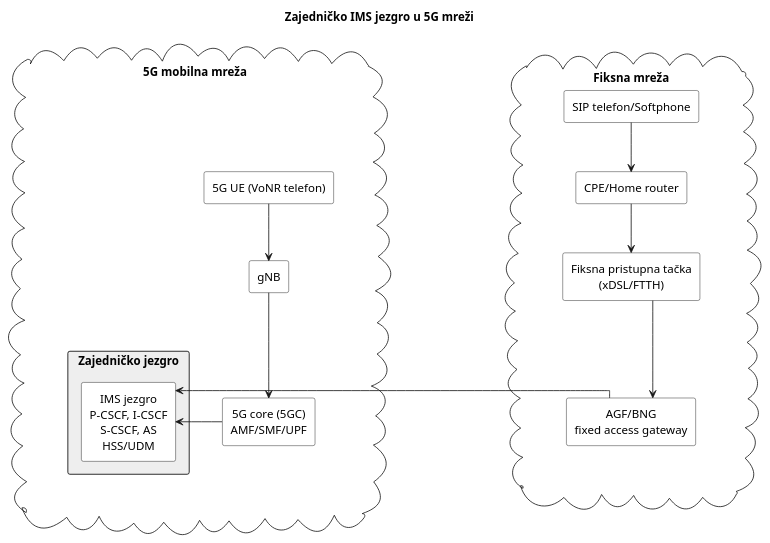
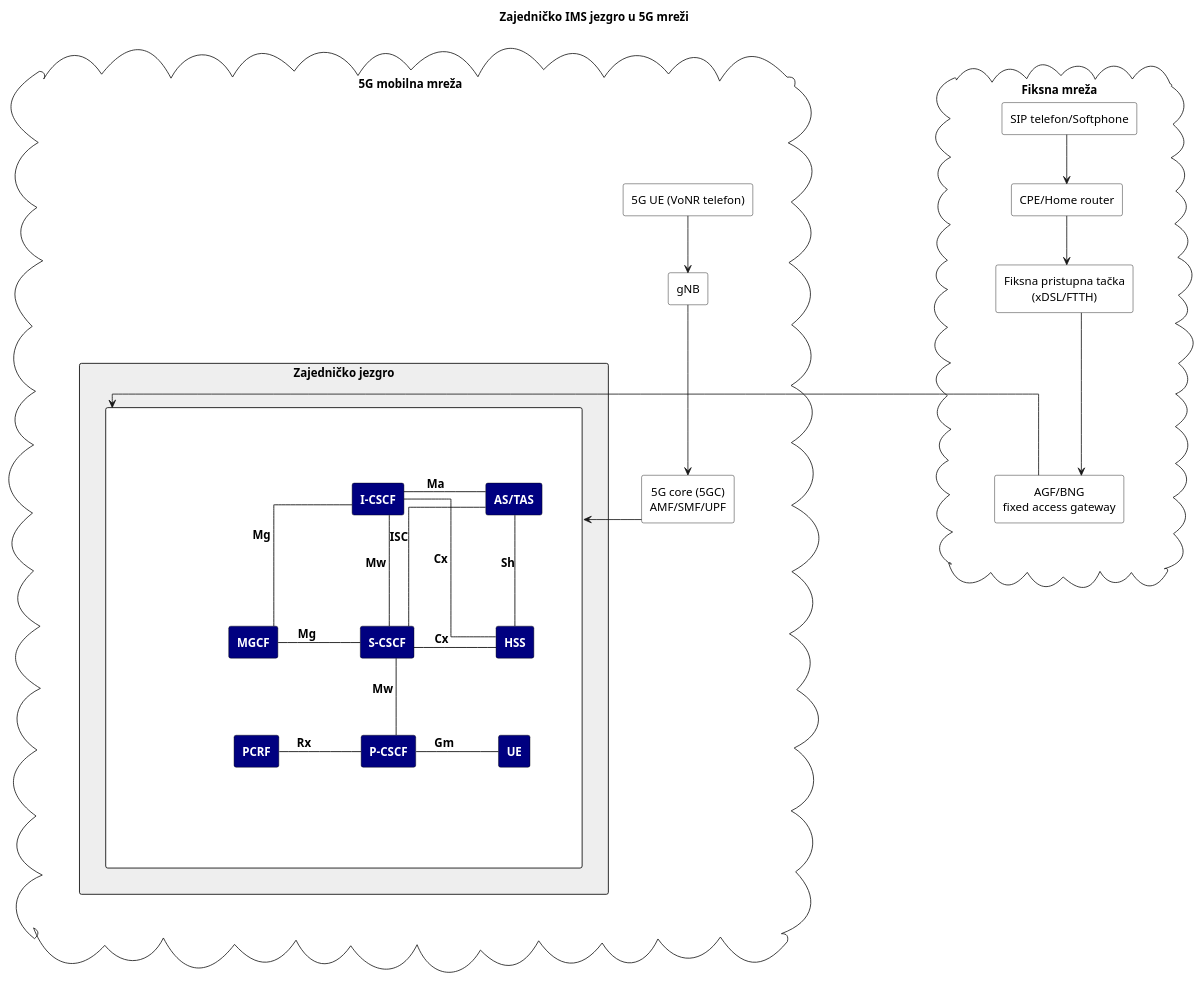
The diagram in assets/diagrams/plantuml/code/common_ims_core_in_5g_network.puml (ZakiraZaza/SSMTK_FMC_VoNR_IMS_5G), drawn with PlantUML before and after one commit. The commit also changed 5 other files, not shown here.

First line of the commit message:
Updated PlantUML diagrams.

```diff
--- a/assets/diagrams/plantuml/code/common_ims_core_in_5g_network.puml
+++ b/assets/diagrams/plantuml/code/common_ims_core_in_5g_network.puml
@@ -1,67 +1,138 @@
 @startuml
+set separator .
 top to bottom direction
-hide <<hidden>> stereotype
-hide <<core>> stereotype
+hide stereotype
+skinparam linetype ortho
+
+title "Zajedničko IMS jezgro u 5G mreži"
 
 <style>
 rectangle {
   HorizontalAlignment center
   BackgroundColor white
   .hidden {
     BackgroundColor transparent
     FontColor transparent
   }
+  .hidden_font {
+    FontColor transparent   
+  }
   .core {
     BackgroundColor #EEEEEE
+  }
+  .ims {
+    BackgroundColor navy
+    FontColor white
+    FontStyle bold
   }
 }
 </style>
 
 skinparam rectangle {
   BorderColor black
   BorderColor<<hidden>> transparent
 }
 
-skinparam linetype ortho
-
-title "Zajedničko IMS jezgro u 5G mreži"
-
 cloud "5G mobilna mreža" as "cloud_1" {
-  rectangle "0" <<hidden>>
+  rectangle "0"<<hidden>>
   rectangle "5G UE (VoNR telefon)" as 1
   rectangle "gNB" as 2
   rectangle "_1"<<hidden>> {
-    rectangle "_2"<<hidden>> {
+    rectangle "_1"<<hidden>> {
       rectangle "5G core (5GC)\nAMF/SMF/UPF" as 3
     }
-    rectangle "Zajedničko jezgro"<<core>> {
-      rectangle "IMS jezgro\nP-CSCF, I-CSCF\nS-CSCF, AS\nHSS/UDM" as 4 
+    rectangle "Zajedničko jezgro" <<core>> as zajednicko_jezgro {
+      skinparam NodeSep 100
+      rectangle "_1" <<hidden_font>> as 4 {
+        rectangle "_1"<<hidden>> {
+          rectangle "_1" <<hidden>> {
+
+          }
+          rectangle "I-CSCF" <<ims>> as "_2" {
+            
+          }
+          rectangle "AS/TAS" <<ims>> as "_3" {
+            
+          }
+        }
+        rectangle "_2"<<hidden>> {
+          rectangle "MGCF" <<ims>> as "_1" {
+
+          }
+          rectangle "S-CSCF" <<ims>> as "_2" {
+            
+          }
+          rectangle "HSS" <<ims>> as "_3" {
+            
+          }
+        }
+        rectangle "_3"<<hidden>> {
+          rectangle "PCRF" <<ims>> as "_1" {
+
+          }
+          rectangle "P-CSCF" <<ims>> as "_2" {
+            
+          }
+          rectangle "UE" <<ims>> as "_3" {
+            
+          }
+        }
+        rectangle "_4"<<hidden>> {
+        }
+      } 
     }
   }
 }
 
 cloud "Fiksna mreža" as "cloud_2" {
-  rectangle "_4"<<hidden>> {
-    rectangle "_5"<<hidden>> {
+  rectangle "_1"<<hidden>> {
+    rectangle "_1"<<hidden>> {
       rectangle "AGF/BNG\nfixed access gateway" as 5
     }
   }
   rectangle "Fiksna pristupna tačka\n(xDSL/FTTH)" as 6
   rectangle "CPE/Home router" as 7
   rectangle "SIP telefon/Softphone" as 8
 }
 
 rectangle "rectangle_empty"<<hidden>> {
 
 }
 
 cloud_1 -[hidden]right-> rectangle_empty
 0 -[hidden]down-> 1
 1 -down-> 2
 2 -down-> 3
 3 -right-> 4
 4 <-right- 5
 5 <-up- 6
 6 <-up- 7
 7 <-up- 8
+'---'
+skinparam {
+  ArrowThickness 1
+  ArrowColor black
+  ArrowFontColor black
+  ArrowFontSize 14
+  ArrowFontStyle bold
+}
+
+cloud_1._1.zajednicko_jezgro.4._1._2 -[hidden]down-> cloud_1._1.zajednicko_jezgro.4._2._2
+cloud_1._1.zajednicko_jezgro.4._2._2 -[hidden]down-> cloud_1._1.zajednicko_jezgro.4._3._2
+cloud_1._1.zajednicko_jezgro.4._3 -[hidden]down-> cloud_1._1.zajednicko_jezgro.4._4
+'---'
+cloud_1._1.zajednicko_jezgro.4._1._1 -[hidden]right-> cloud_1._1.zajednicko_jezgro.4._1._2
+cloud_1._1.zajednicko_jezgro.4._1._2 -right- cloud_1._1.zajednicko_jezgro.4._1._3: "Ma"
+cloud_1._1.zajednicko_jezgro.4._1._2 -left- cloud_1._1.zajednicko_jezgro.4._2._1: "Mg "
+cloud_1._1.zajednicko_jezgro.4._1._2 -down- cloud_1._1.zajednicko_jezgro.4._2._2: "Mw "
+cloud_1._1.zajednicko_jezgro.4._1._2 -right- cloud_1._1.zajednicko_jezgro.4._2._3: "Cx "
+cloud_1._1.zajednicko_jezgro.4._1._3 -down- cloud_1._1.zajednicko_jezgro.4._2._2: "ISC"
+cloud_1._1.zajednicko_jezgro.4._1._3 -down- cloud_1._1.zajednicko_jezgro.4._2._3: "Sh"
+
+cloud_1._1.zajednicko_jezgro.4._2._1 -right- cloud_1._1.zajednicko_jezgro.4._2._2: "Mg "
+cloud_1._1.zajednicko_jezgro.4._2._2 -right- cloud_1._1.zajednicko_jezgro.4._2._3: "Cx  "
+cloud_1._1.zajednicko_jezgro.4._2._2 -down- cloud_1._1.zajednicko_jezgro.4._3._2: "Mw "
+
+cloud_1._1.zajednicko_jezgro.4._3._1 -right- cloud_1._1.zajednicko_jezgro.4._3._2: " Rx   "
+cloud_1._1.zajednicko_jezgro.4._3._2 -right- cloud_1._1.zajednicko_jezgro.4._3._3: "Gm "
 @enduml
```
